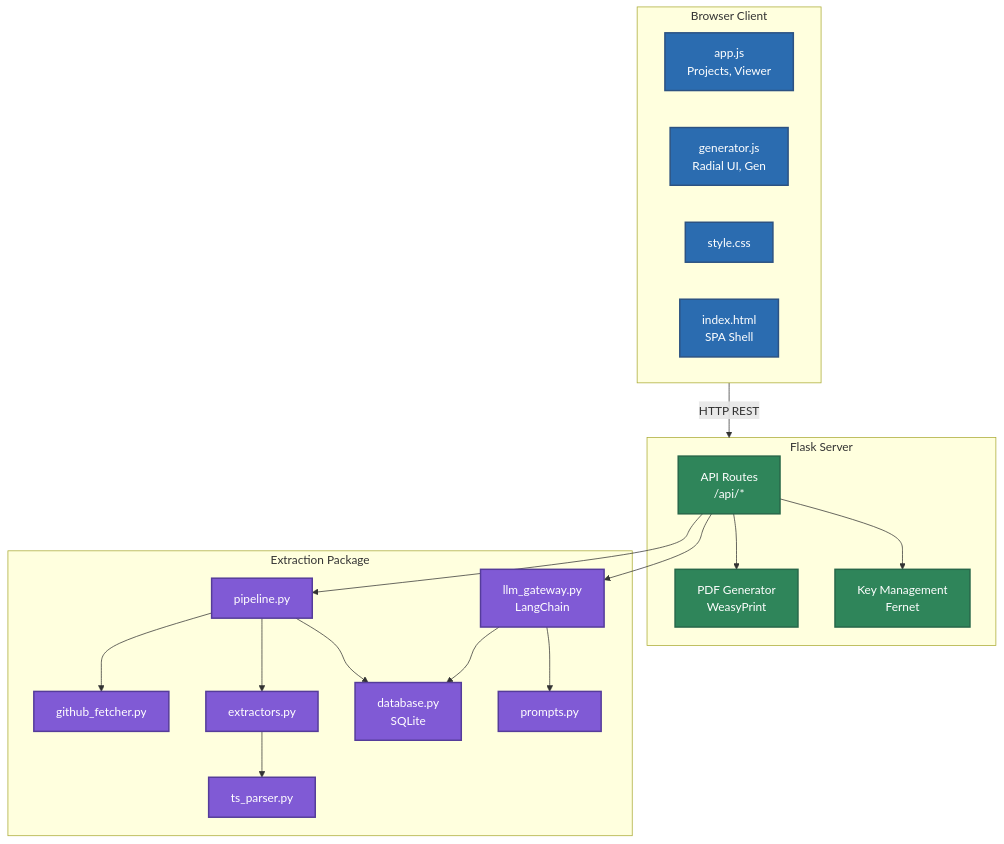
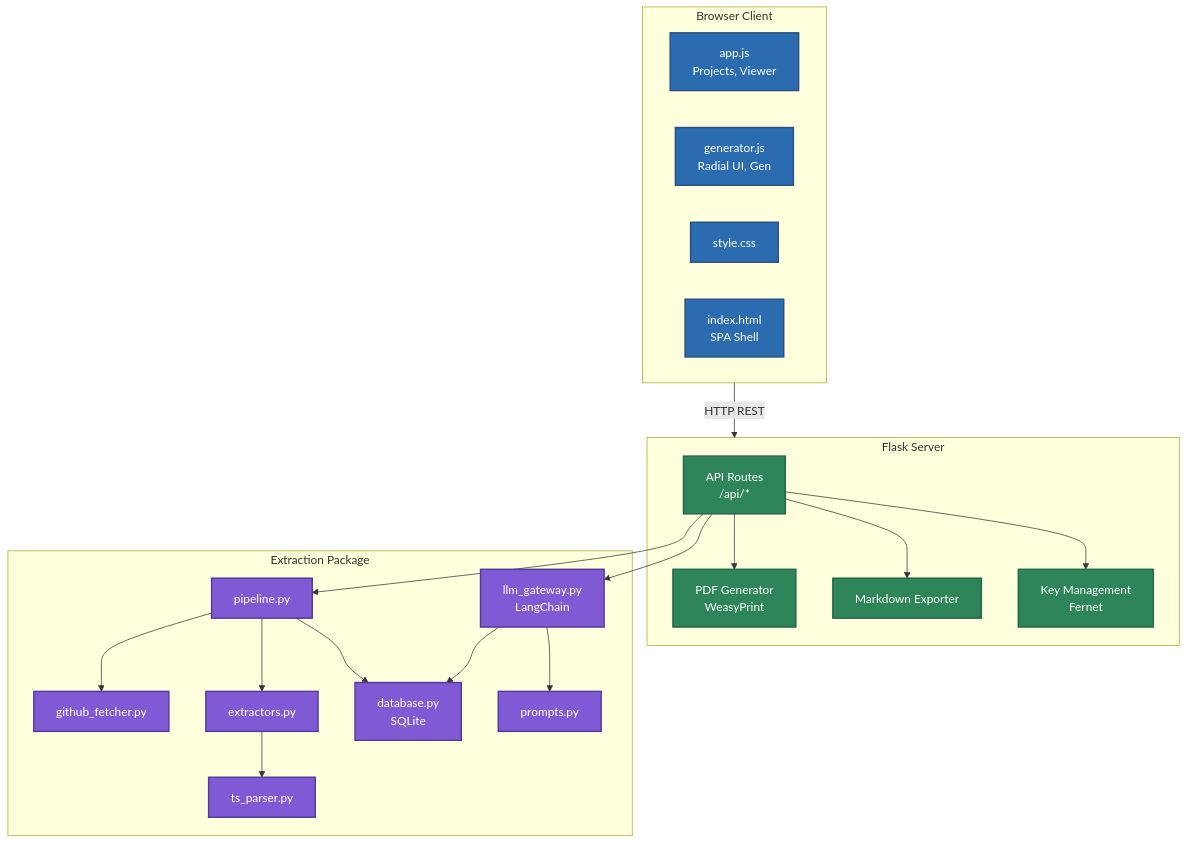
One commit to A-Square8/BuiltByMe changed the diagram in docs/ARCHITECTURE.md. Above: the diagram before and after it, drawn with Mermaid. The commit also changed other lines of this file and 7 other files, not shown here.

````diff
--- a/docs/ARCHITECTURE.md
+++ b/docs/ARCHITECTURE.md
@@ -9,42 +9,44 @@
 ```mermaid
 graph TD
     classDef ui fill:#2b6cb0,stroke:#2c5282,stroke-width:2px,color:#fff;
     classDef server fill:#2f855a,stroke:#276749,stroke-width:2px,color:#fff;
     classDef extraction fill:#805ad5,stroke:#553c9a,stroke-width:2px,color:#fff;
     
     subgraph Client [Browser Client]
         AppJS[app.js\nProjects, Viewer]:::ui
         GenJS[generator.js\nRadial UI, Gen]:::ui
         Style[style.css]:::ui
         HTML[index.html\nSPA Shell]:::ui
     end
 
     subgraph Server [Flask Server]
         API[API Routes\n/api/*]:::server
         PDF[PDF Generator\nWeasyPrint]:::server
+        MD[Markdown Exporter]:::server
         Key[Key Management\nFernet]:::server
     end
 
     subgraph Core [Extraction Package]
         Pipe[pipeline.py]:::extraction
         Fetch[github_fetcher.py]:::extraction
         Ext[extractors.py]:::extraction
         DB[database.py\nSQLite]:::extraction
         LLM[llm_gateway.py\nLangChain]:::extraction
         TS[ts_parser.py]:::extraction
         Prompt[prompts.py]:::extraction
     end
     
     Client -->|HTTP REST| Server
     API --> PDF
+    API --> MD
     API --> Key
     API --> Pipe
     API --> LLM
     
     Pipe --> Fetch
     Pipe --> Ext
     Pipe --> DB
     Ext --> TS
     LLM --> Prompt
     LLM --> DB
 ```
````
